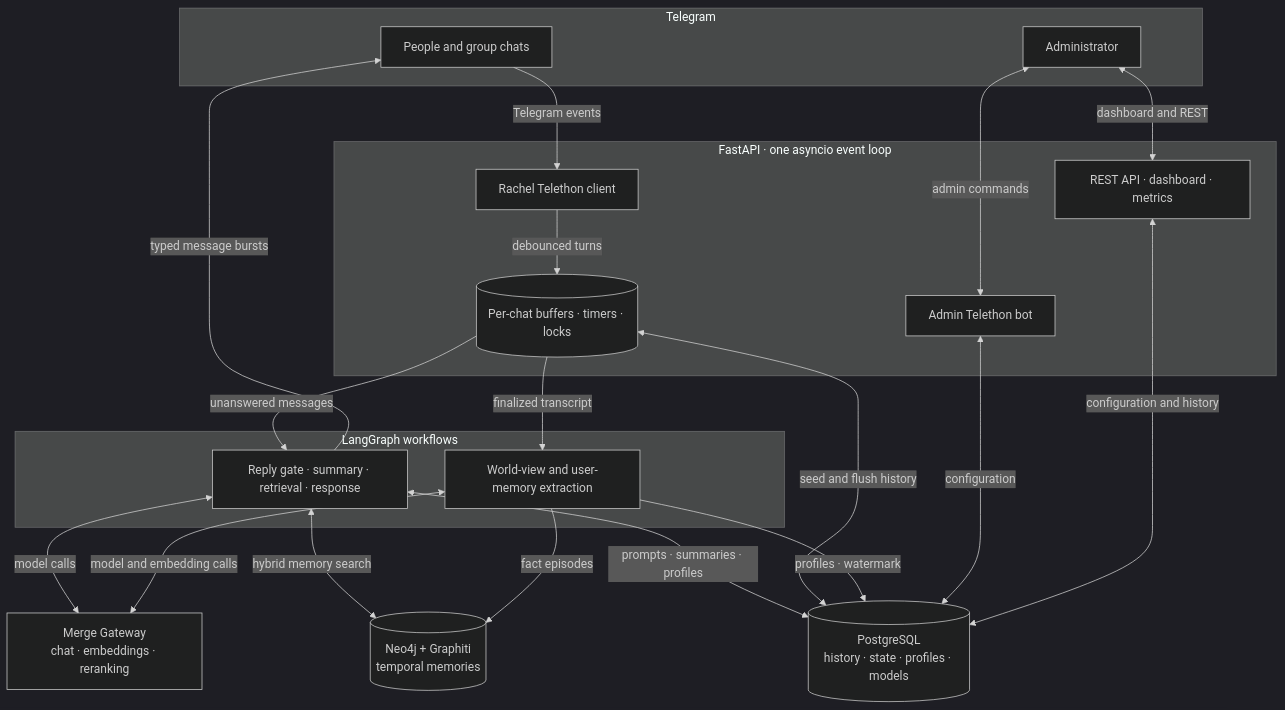
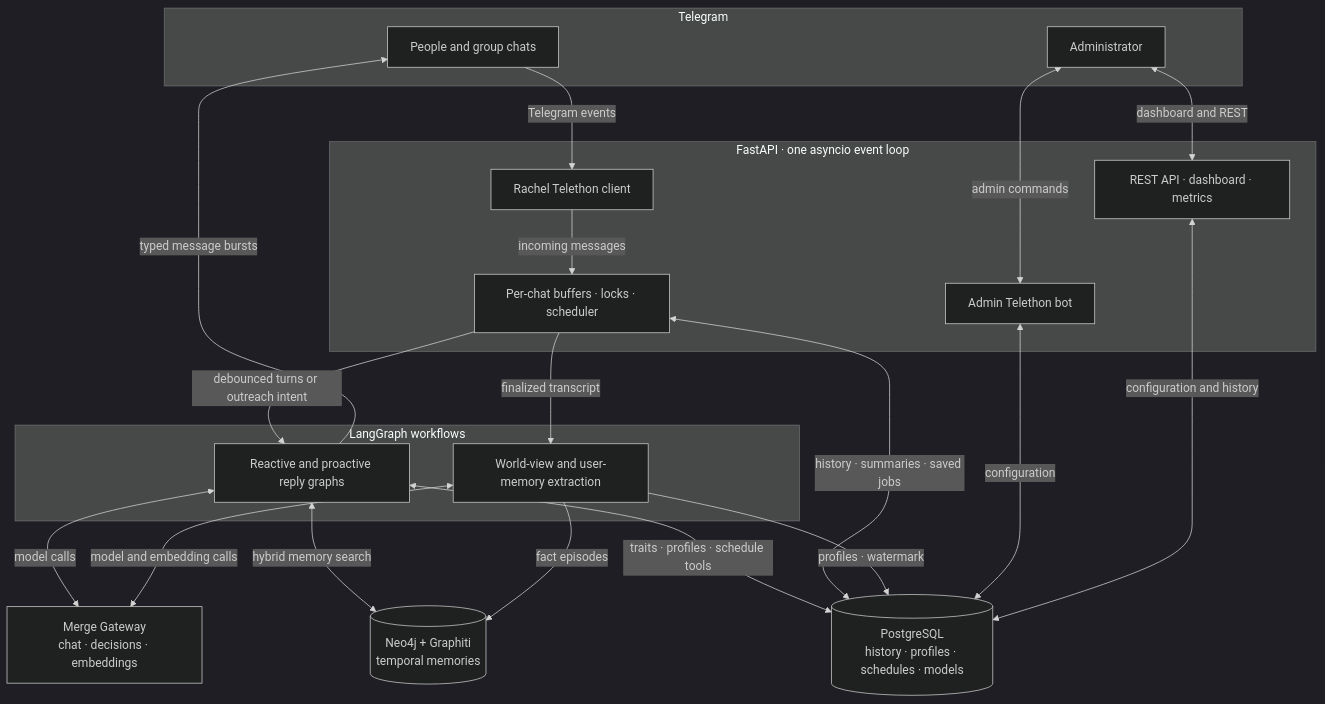
Before and after one commit to GeneralR3d/Rachel: the first of 2 diagrams in README.md, drawn with Mermaid (dark theme). The commit also changed other lines of this file and 1 other file, not shown here.

````diff
--- a/README.md
+++ b/README.md
@@ -56,40 +56,40 @@
 ```mermaid
 flowchart TB
     subgraph TG[Telegram]
         U[People and group chats]
         A[Administrator]
     end
 
     subgraph APP[FastAPI · one asyncio event loop]
         RC[Rachel Telethon client]
         BOT[Admin Telethon bot]
         API[REST API · dashboard · metrics]
-        BUF[(Per-chat buffers · timers · locks)]
+        STATE[Per-chat buffers · locks · scheduler]
     end
 
     subgraph AI[LangGraph workflows]
-        REPLY[Reply gate · summary · retrieval · response]
+        REPLY[Reactive and proactive reply graphs]
         MEM[World-view and user-memory extraction]
     end
 
-    GW[Merge Gateway<br/>chat · embeddings · reranking]
-    PG[(PostgreSQL<br/>history · state · profiles · models)]
+    GW[Merge Gateway<br/>chat · decisions · embeddings]
+    PG[(PostgreSQL<br/>history · profiles · schedules · models)]
     N4J[(Neo4j + Graphiti<br/>temporal memories)]
 
     U -->|Telegram events| RC
-    RC -->|debounced turns| BUF
-    BUF -->|unanswered messages| REPLY
+    RC -->|incoming messages| STATE
+    STATE -->|debounced turns or outreach intent| REPLY
     REPLY -->|typed message bursts| U
-    BUF -->|finalized transcript| MEM
+    STATE -->|finalized transcript| MEM
     A <-->|admin commands| BOT
     A <-->|dashboard and REST| API
-    REPLY <-->|prompts · summaries · profiles| PG
-    BUF <-->|seed and flush history| PG
+    REPLY <-->|traits · profiles · schedule tools| PG
+    STATE <-->|history · summaries · saved jobs| PG
     MEM -->|profiles · watermark| PG
     REPLY <-->|hybrid memory search| N4J
     MEM -->|fact episodes| N4J
     REPLY <-->|model calls| GW
     MEM <-->|model and embedding calls| GW
     BOT <-->|configuration| PG
     API <-->|configuration and history| PG
 ```
````
